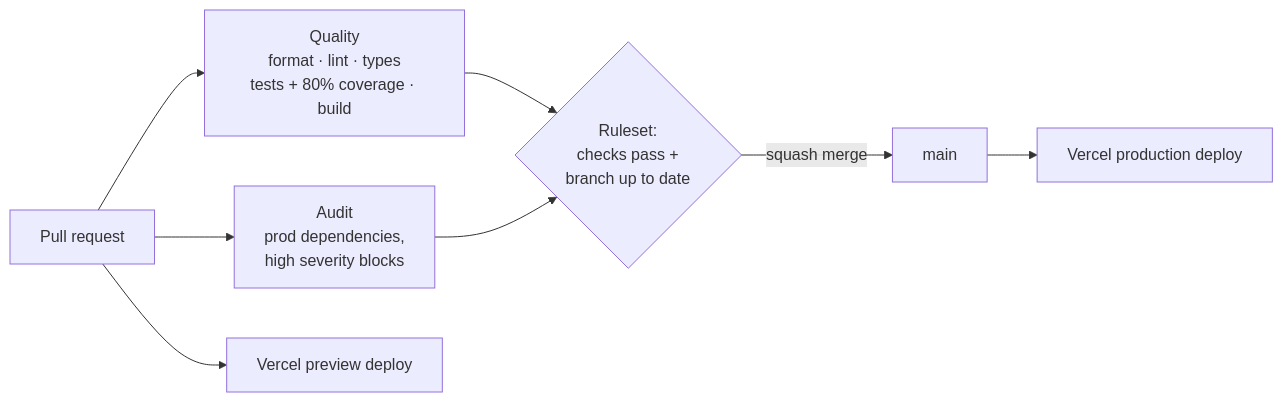
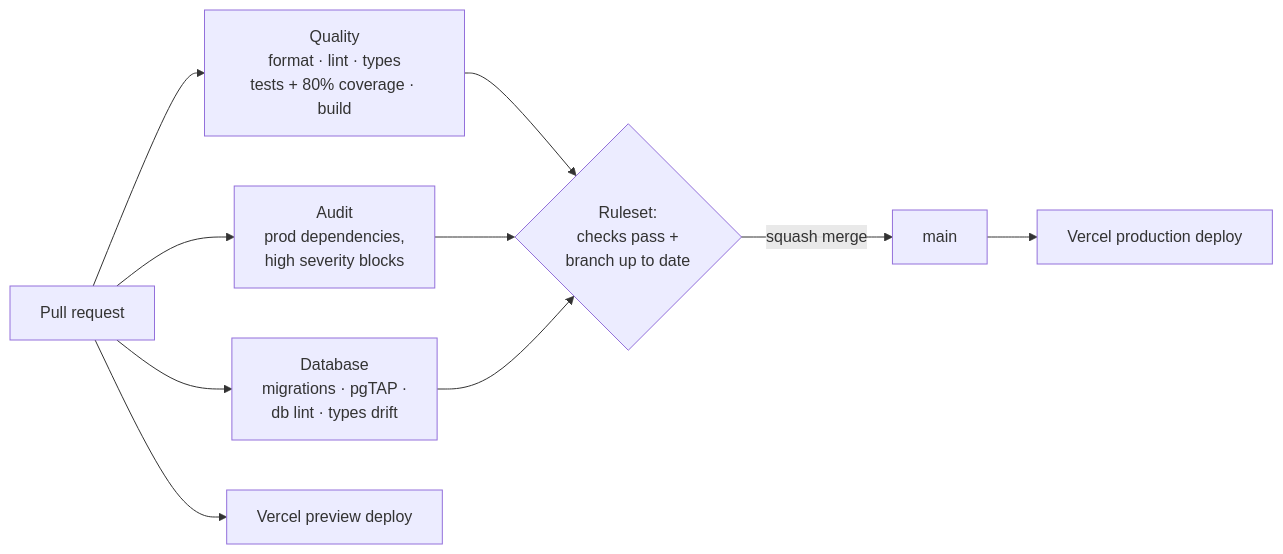
The third of 3 diagrams in README.md (JeffHenry/showing-up), drawn with Mermaid before and after one commit. The commit also changed other lines of this file and 15 other files, not shown here.

First line of the commit message:
feat(db): multi-tenant core schema with RLS and pgTAP tests (Phase 0.4a) (#7)

````diff
--- a/README.md
+++ b/README.md
@@ -172,10 +205,12 @@
 ```mermaid
 flowchart LR
   pr[Pull request] --> quality["Quality<br/>format · lint · types<br/>tests + 80% coverage · build"]
   pr --> audit["Audit<br/>prod dependencies,<br/>high severity blocks"]
+  pr --> database["Database<br/>migrations · pgTAP ·<br/>db lint · types drift"]
   pr --> preview[Vercel preview deploy]
   quality --> gate{Ruleset:<br/>checks pass +<br/>branch up to date}
   audit --> gate
+  database --> gate
   gate -->|squash merge| main[main]
   main --> prod[Vercel production deploy]
 ```
````
